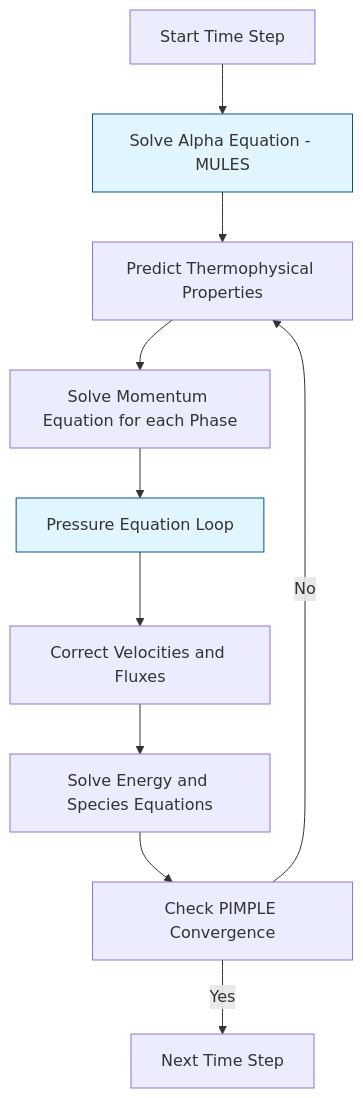
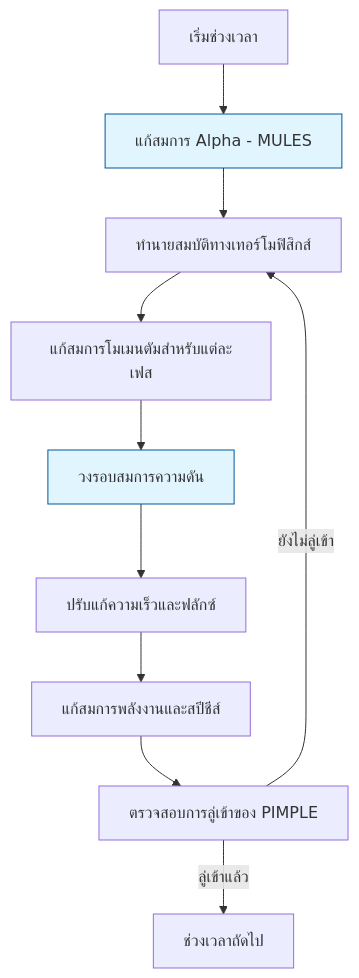
One commit to wramet/build-my-cfd changed the diagram in MODULE_06_ADVANCED_PHYSICS/CONTENT/01_ADVANCED_MULTIPHASE_FLOWS/05_Eulerian_Multiphase_Solvers.md. Above: the diagram before and after it, drawn with Mermaid. The commit also changed other lines of this file and 104 other files, not shown here.

````diff
--- a/MODULE_06_ADVANCED_PHYSICS/CONTENT/01_ADVANCED_MULTIPHASE_FLOWS/05_Eulerian_Multiphase_Solvers.md
+++ b/MODULE_06_ADVANCED_PHYSICS/CONTENT/01_ADVANCED_MULTIPHASE_FLOWS/05_Eulerian_Multiphase_Solvers.md
@@ -122,15 +122,15 @@
 ```mermaid
 graph TD
-    A[Start Time Step] --> B[Solve Alpha Equation - MULES]
-    B --> C[Predict Thermophysical Properties]
-    C --> D[Solve Momentum Equation for each Phase]
-    D --> E[Pressure Equation Loop]
-    E --> F[Correct Velocities and Fluxes]
-    F --> G[Solve Energy and Species Equations]
-    G --> H[Check PIMPLE Convergence]
-    H -- No --> C
-    H -- Yes --> I[Next Time Step]
+    A[เริ่มช่วงเวลา] --> B[แก้สมการ Alpha - MULES]
+    B --> C[ทำนายสมบัติทางเทอร์โมฟิสิกส์]
+    C --> D[แก้สมการโมเมนตัมสำหรับแต่ละเฟส]
+    D --> E[วงรอบสมการความดัน]
+    E --> F[ปรับแก้ความเร็วและฟลักซ์]
+    F --> G[แก้สมการพลังงานและสปีชีส์]
+    G --> H[ตรวจสอบการลู่เข้าของ PIMPLE]
+    H -- ยังไม่ลู่เข้า --> C
+    H -- ลู่เข้าแล้ว --> I[ช่วงเวลาถัดไป]
 
     style B fill:#e1f5fe,stroke:#01579b
     style E fill:#e1f5fe,stroke:#01579b
 ```
````
